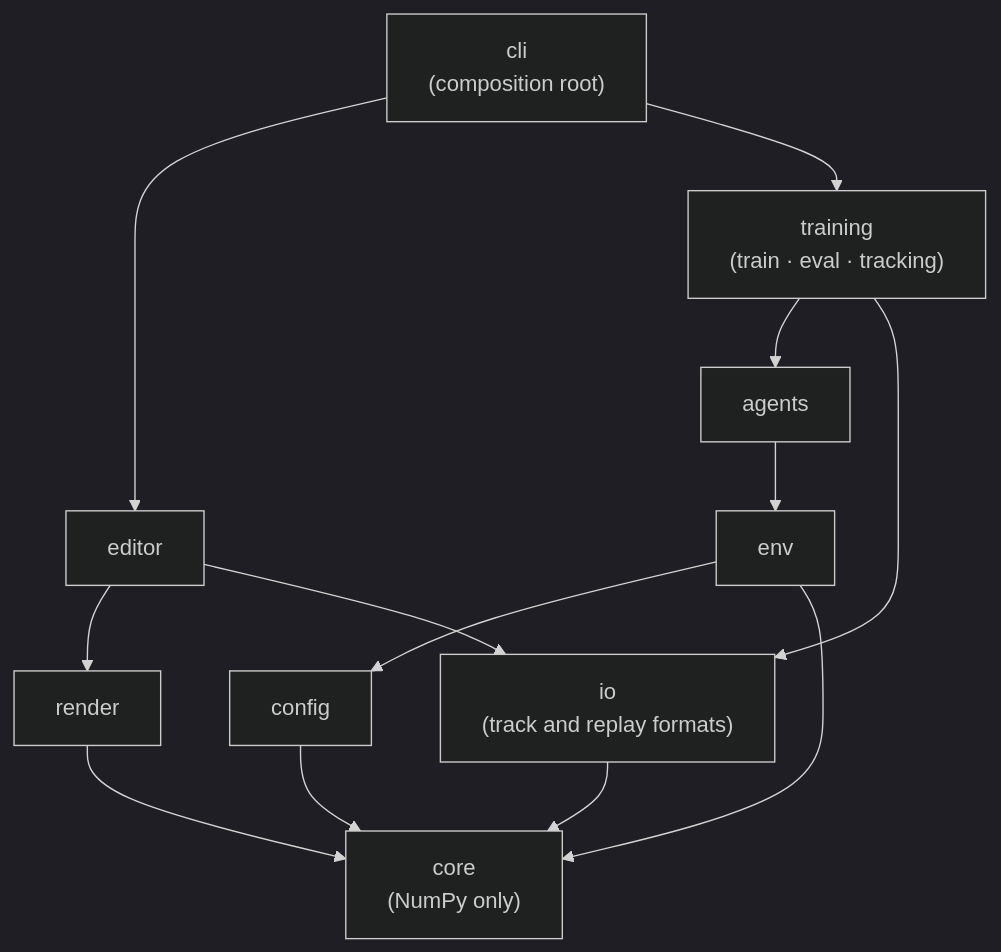
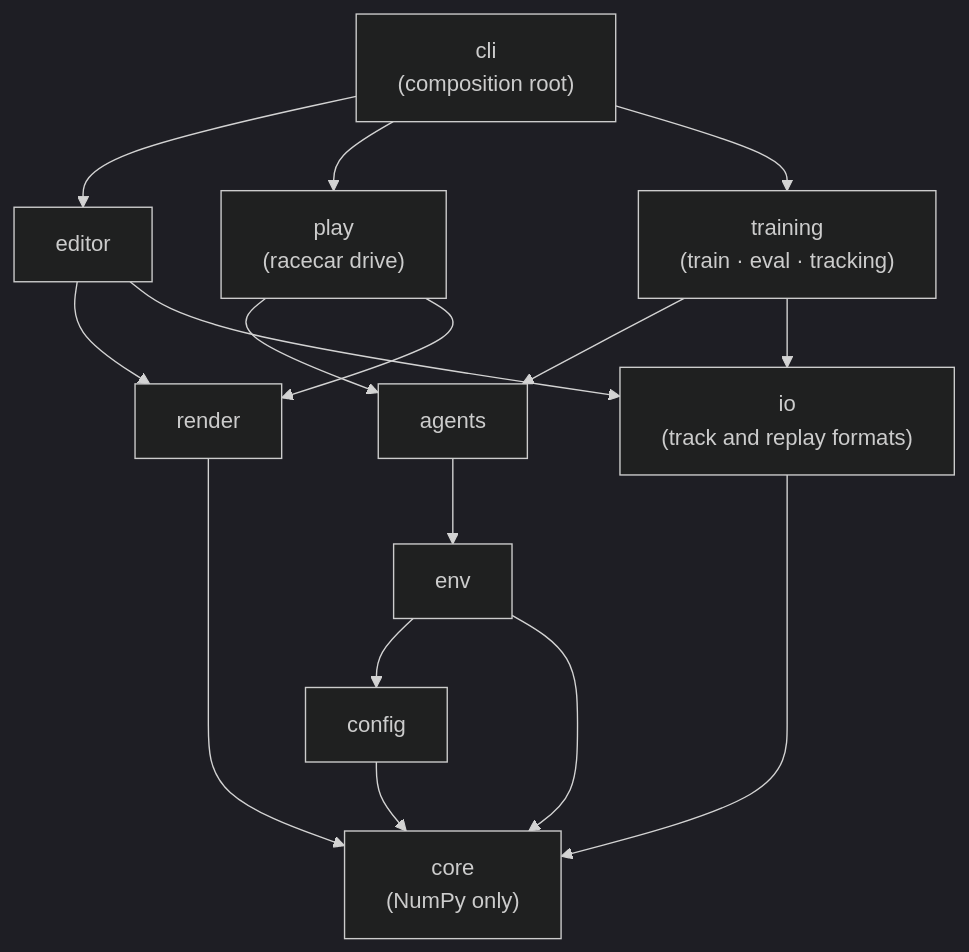
One commit to taofuuu/MLRacecar changed the second of 3 diagrams in docs/architecture.md. Above: the diagram before and after it, drawn with Mermaid (dark theme). The commit also changed other lines of this file and 27 other files, not shown here.

First line of the commit message:
feat(play): drive a track with the keyboard (racecar drive) (#97)

````diff
--- a/docs/architecture.md
+++ b/docs/architecture.md
@@ -48,25 +48,29 @@
 ```mermaid
 flowchart TB
   cli["cli<br/>(composition root)"]
   editor[editor]
+  play["play<br/>(racecar drive)"]
   training["training<br/>(train · eval · tracking)"]
   agents[agents]
   env[env]
   render[render]
   io["io<br/>(track and replay formats)"]
   config[config]
   core["core<br/>(NumPy only)"]
 
   cli --> editor
+  cli --> play
   cli --> training
+  play --> agents
+  play --> render
   training --> agents
   training --> io
   agents --> env
   editor --> render
   editor --> io
   env --> config
   env --> core
   render --> core
   io --> core
   config --> core
 ```
````
